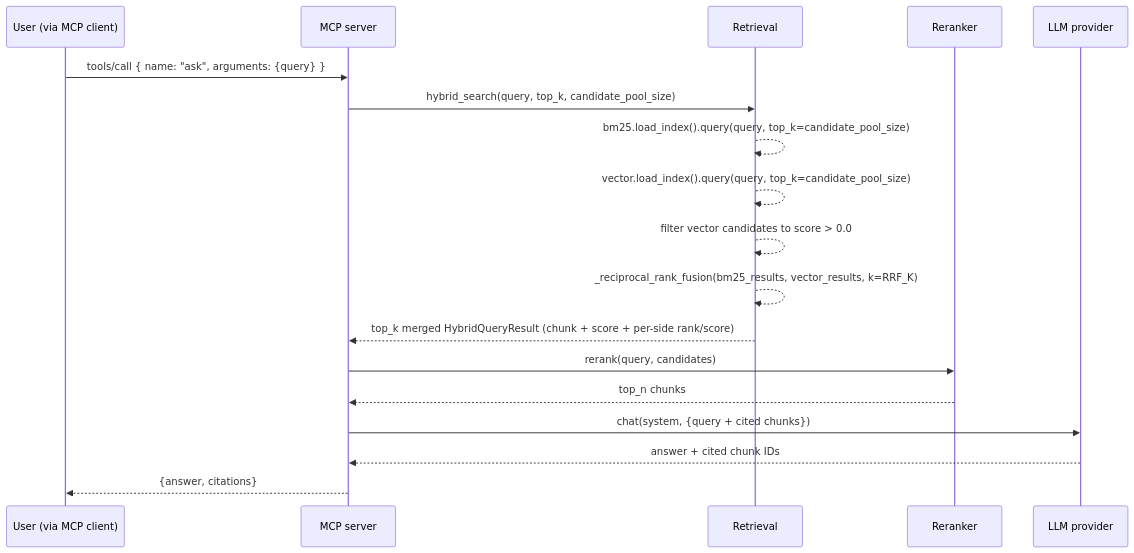
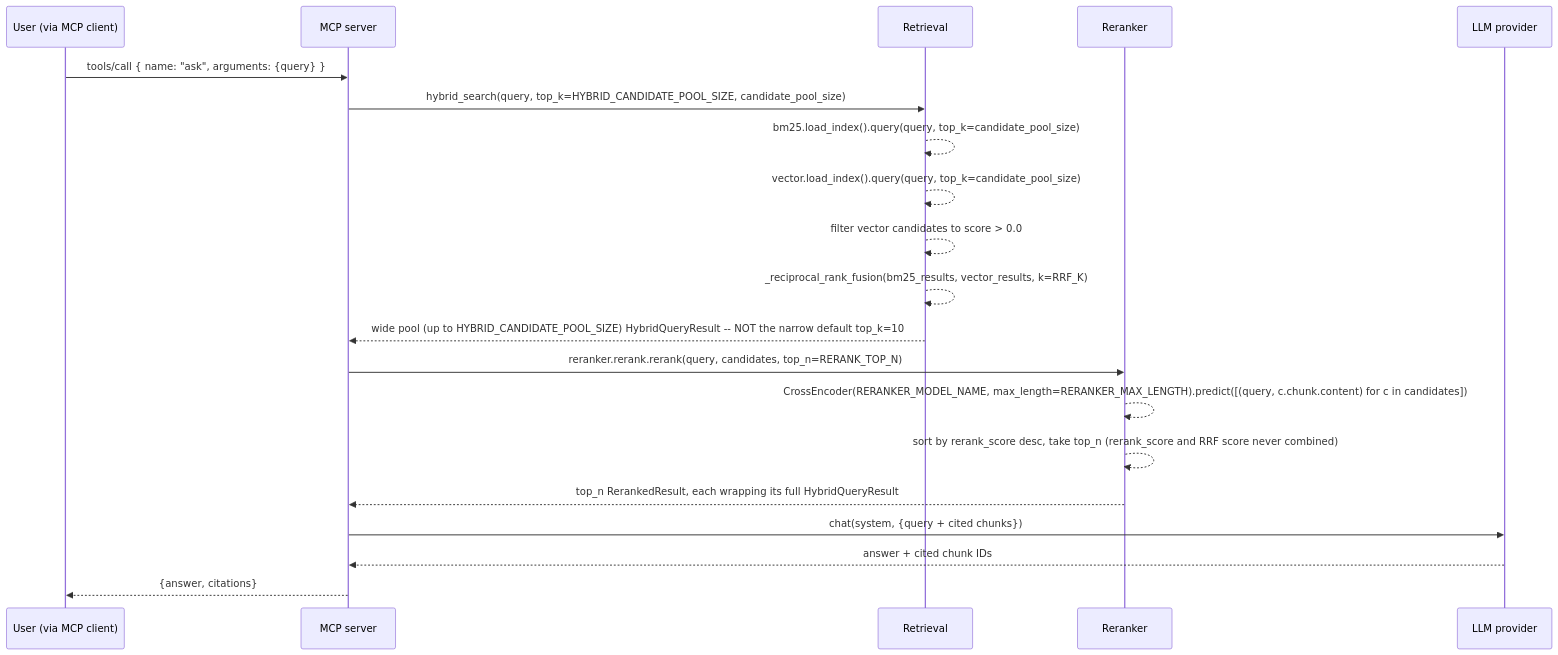
The third of 4 diagrams in FLOW.md (AyushShanu/CodeBase-MCP-Server), drawn with Mermaid before and after one commit. The commit also changed other lines of this file and 11 other files, not shown here.

````diff
--- a/FLOW.md
+++ b/FLOW.md
@@ -158,21 +158,23 @@
 ```mermaid
 sequenceDiagram
     participant U as User (via MCP client)
     participant M as MCP server
     participant R as Retrieval
     participant X as Reranker
     participant L as LLM provider
 
     U->>M: tools/call { name: "ask", arguments: {query} }
-    M->>R: hybrid_search(query, top_k, candidate_pool_size)
+    M->>R: hybrid_search(query, top_k=HYBRID_CANDIDATE_POOL_SIZE, candidate_pool_size)
     R-->>R: bm25.load_index().query(query, top_k=candidate_pool_size)
     R-->>R: vector.load_index().query(query, top_k=candidate_pool_size)
     R-->>R: filter vector candidates to score > 0.0
     R-->>R: _reciprocal_rank_fusion(bm25_results, vector_results, k=RRF_K)
-    R-->>M: top_k merged HybridQueryResult (chunk + score + per-side rank/score)
-    M->>X: rerank(query, candidates)
-    X-->>M: top_n chunks
+    R-->>M: wide pool (up to HYBRID_CANDIDATE_POOL_SIZE) HybridQueryResult -- NOT the narrow default top_k=10
+    M->>X: reranker.rerank.rerank(query, candidates, top_n=RERANK_TOP_N)
+    X-->>X: CrossEncoder(RERANKER_MODEL_NAME, max_length=RERANKER_MAX_LENGTH).predict([(query, c.chunk.content) for c in candidates])
+    X-->>X: sort by rerank_score desc, take top_n (rerank_score and RRF score never combined)
+    X-->>M: top_n RerankedResult, each wrapping its full HybridQueryResult
     M->>L: chat(system, {query + cited chunks})
     L-->>M: answer + cited chunk IDs
     M-->>U: {answer, citations}
 ```
````
